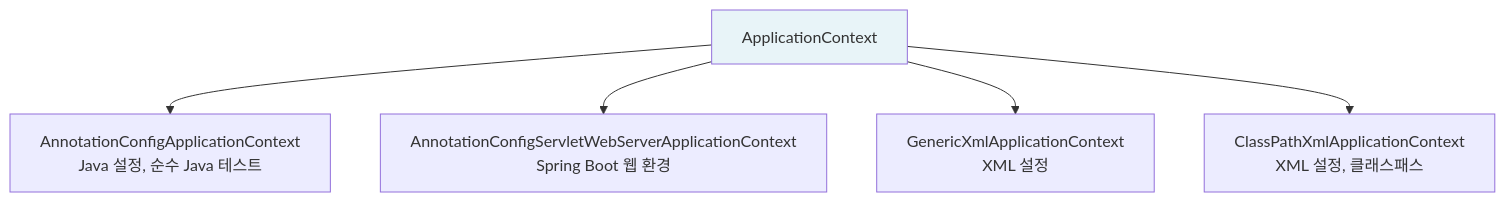
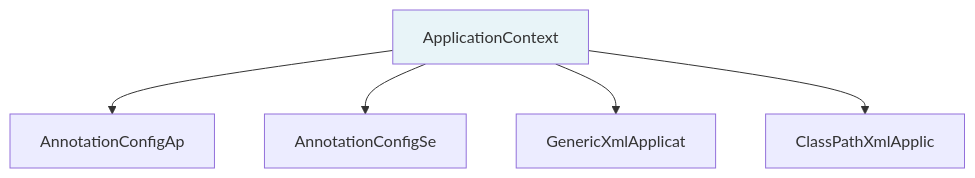
The second of 7 diagrams in _posts/spring/2026-05-01-spring-ioc-di.md (yjkim2015/yjkim2015.github.io), drawn with Mermaid before and after one commit. The commit also changed other lines of this file and 271 other files, not shown here.

First line of the commit message:
Mermaid 라벨 축소: 긴 노드 텍스트 18자 이하로 트림 + \n 제거

````diff
--- a/_posts/spring/2026-05-01-spring-ioc-di.md
+++ b/_posts/spring/2026-05-01-spring-ioc-di.md
@@ -118,8 +118,8 @@
 ```mermaid
 graph TD
-    AC[ApplicationContext] --> ACAC["AnnotationConfigApplicationContext<br>Java 설정, 순수 Java 테스트"]
-    AC --> ACSWSAC["AnnotationConfigServletWebServerApplicationContext<br>Spring Boot 웹 환경"]
-    AC --> GXAC["GenericXmlApplicationContext<br>XML 설정"]
-    AC --> CPXAC["ClassPathXmlApplicationContext<br>XML 설정, 클래스패스"]
+    AC[ApplicationContext] --> ACAC["AnnotationConfigAp"]
+    AC --> ACSWSAC["AnnotationConfigSe"]
+    AC --> GXAC["GenericXmlApplicat"]
+    AC --> CPXAC["ClassPathXmlApplic"]
     style AC fill:#e8f4f8
 ```
````
